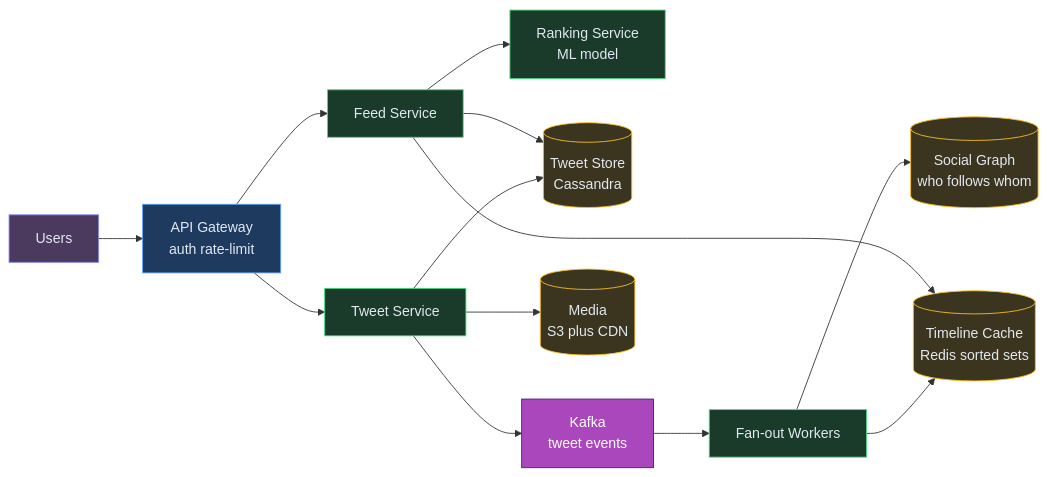
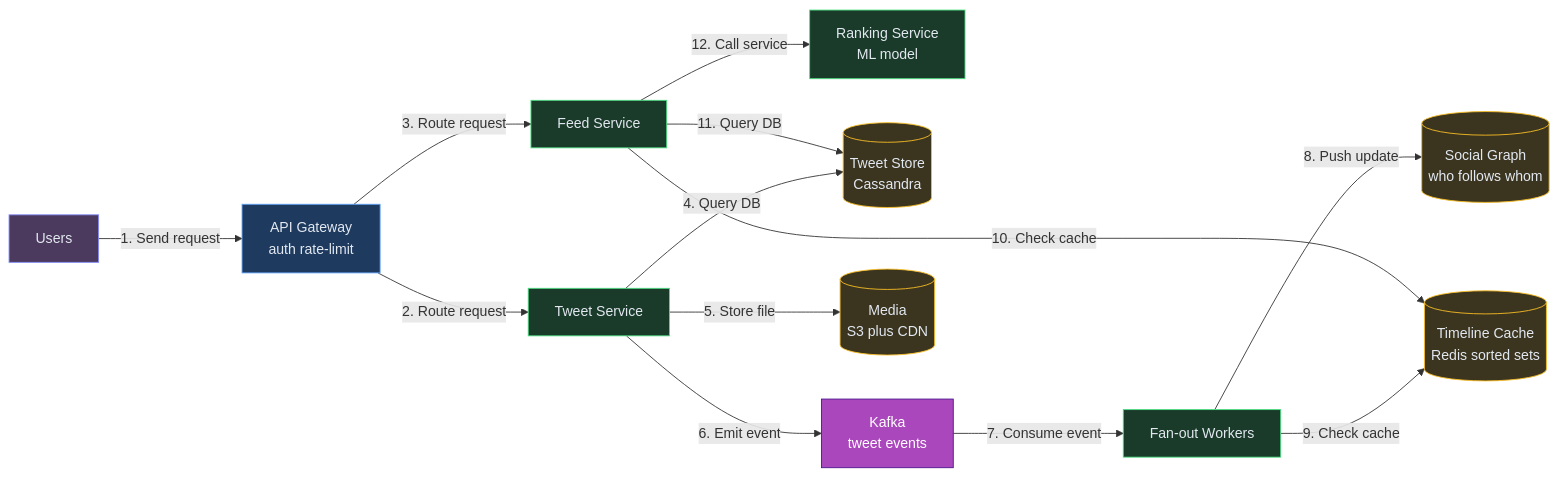
Before and after one commit to iluzn/HLD-Designs: diagram 12 of 12 in content/hld/TwitterFeed.md, drawn with Mermaid. The commit also changed other lines of this file and 27 other files, not shown here.

````diff
--- a/content/hld/TwitterFeed.md
+++ b/content/hld/TwitterFeed.md
@@ -489,33 +489,33 @@
 ```mermaid
 flowchart LR
     USERS["Users"]:::client
     GW["API Gateway<br/>auth rate-limit"]:::edge
     TS["Tweet Service"]:::service
     FEED["Feed Service"]:::service
     RANK["Ranking Service<br/>ML model"]:::service
     FANOUT["Fan-out Workers"]:::service
     TDB[("Tweet Store<br/>Cassandra")]:::data
     GRAPH[("Social Graph<br/>who follows whom")]:::data
     CACHE[("Timeline Cache<br/>Redis sorted sets")]:::data
     K["Kafka<br/>tweet events"]:::async
     MEDIA[("Media<br/>S3 plus CDN")]:::data
 
-    USERS --> GW
-    GW --> TS
-    GW --> FEED
-    TS --> TDB
-    TS --> MEDIA
-    TS --> K
-    K --> FANOUT
-    FANOUT --> GRAPH
-    FANOUT --> CACHE
-    FEED --> CACHE
-    FEED --> TDB
-    FEED --> RANK
+    USERS -->|"1. Send request"| GW
+    GW -->|"2. Route request"| TS
+    GW -->|"3. Route request"| FEED
+    TS -->|"4. Query DB"| TDB
+    TS -->|"5. Store file"| MEDIA
+    TS -->|"6. Emit event"| K
+    K -->|"7. Consume event"| FANOUT
+    FANOUT -->|"8. Push update"| GRAPH
+    FANOUT -->|"9. Check cache"| CACHE
+    FEED -->|"10. Check cache"| CACHE
+    FEED -->|"11. Query DB"| TDB
+    FEED -->|"12. Call service"| RANK
 
     classDef client fill:#4c3a5e,stroke:#818cf8,color:#e2e8f0
     classDef edge fill:#1e3a5f,stroke:#60a5fa,color:#e2e8f0
     classDef service fill:#1a3a2a,stroke:#4ade80,color:#e2e8f0
     classDef async fill:#AB47BC,stroke:#4A148C,color:#fff
     classDef data fill:#3b3520,stroke:#fbbf24,color:#e2e8f0
 ```
````
